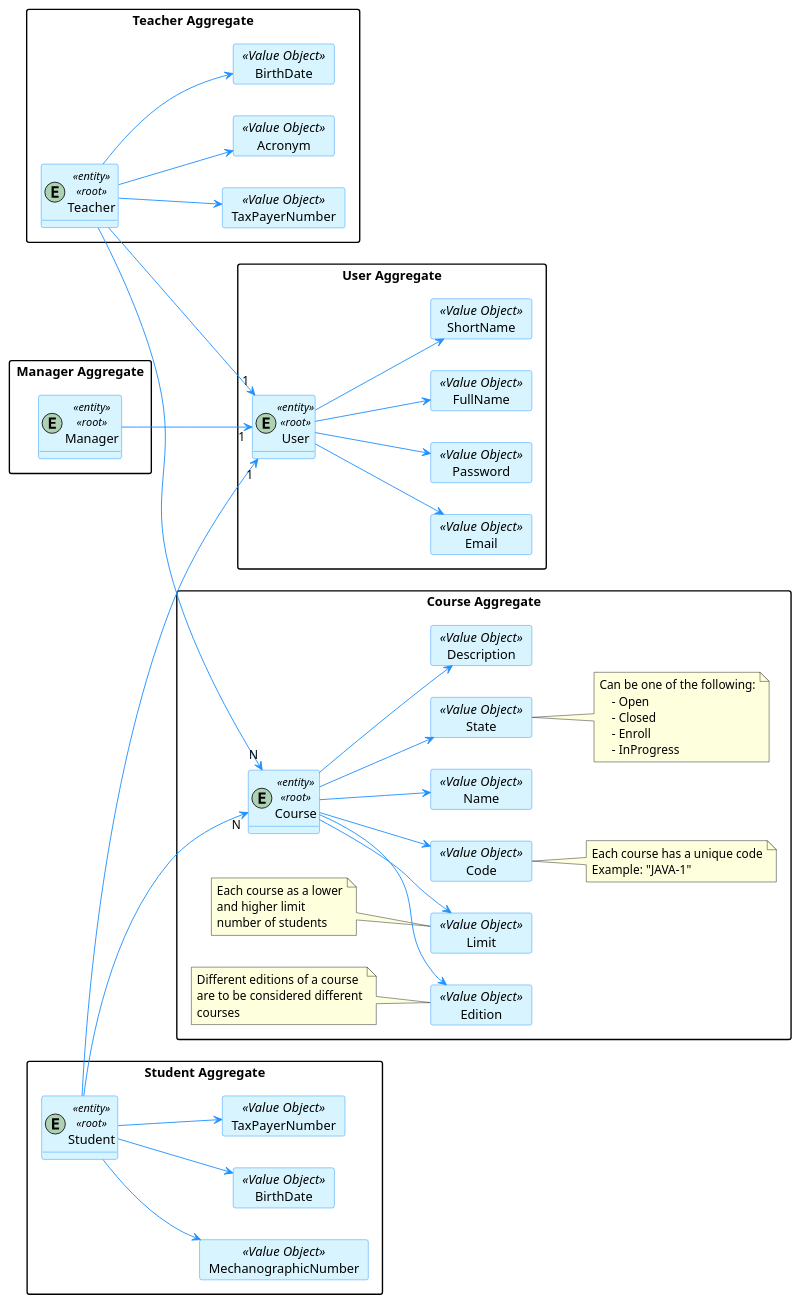
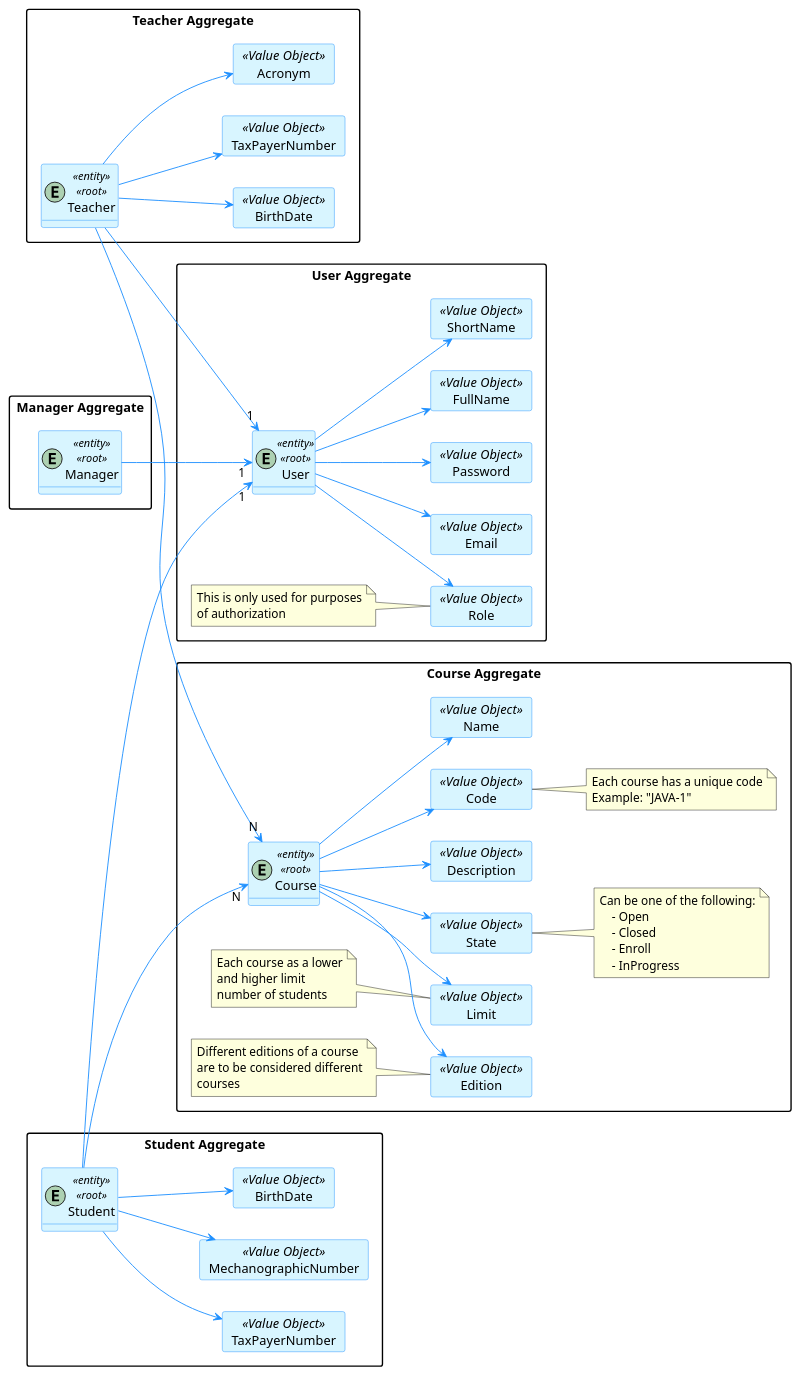
One commit to brunacosta03/sem4pi_22_23 changed the diagram in docs/1211201/DomainModel.puml. Above: the diagram before and after it, drawn with PlantUML.

Commit message:
docs: Role value object added for purposes of authorization

```diff
--- a/docs/1211201/DomainModel.puml
+++ b/docs/1211201/DomainModel.puml
@@ -1,148 +1,155 @@
 @startuml "User and Course Aggregates"
 
 hide methods
 left to right direction
 
 skinparam classAttributeIconSize 0
 
 skinparam class {
     LifeLineBorderColor DodgerBlue
     LifeLineBackgroundColor APPLICATION
     BackgroundColor #D8F5FF
     ArrowColor DodgerBlue
     BorderColor DodgerBlue
 }
 
 skinparam packageStyle rectangle
 skinparam card {
     LifeLineBorderColor DodgerBlue
     LifeLineBackgroundColor APPLICATION
     BackgroundColor #D8F5FF
     ArrowColor DodgerBlue
     BorderColor DodgerBlue
 }
 
 
 package "User Aggregate"{
     entity User <<entity>><<root>>
 
 'User value objects
     card Email <<Value Object>>{
     }
     card Password <<Value Object>>{
     }
     card FullName <<Value Object>>{
     }
     card ShortName <<Value Object>>{
     }
+    card Role <<Value Object>>{
+    }
 
     User --> Email
     User --> Password
     User --> FullName
     User --> ShortName
+    User --> Role
+    note left of Role
+        This is only used for purposes
+        of authorization
+    end note
 
 }
 
 package "Course Aggregate"{
     entity Course <<entity>><<root>>
 
     'Course value objects
     card Code <<Value Object>> {
     }
     card Name <<Value Object>>{
     }
     card State <<Value Object>>{
     }
     card Description <<Value Object>>{
     }
     card Limit <<Value Object>>{
     }
     card Edition <<Value Object>>{
     }
 
 
     Course --> Name
     Course --> State
     Course --> Description
     Course --> Limit
     Course --> Code
     Course --> Edition
 
     note right of State
         Can be one of the following:
             - Open
             - Closed
             - Enroll
             - InProgress
     end note
 
     note left of Limit
         Each course as a lower
         and higher limit
         number of students
     end note
 
     note right of Code
         Each course has a unique code
         Example: "JAVA-1"
     end note
 
     note left of Edition
         Different editions of a course
         are to be considered different
         courses
     end note
 
 
 }
 
 package "Teacher Aggregate"{
 
     entity Teacher <<entity>><<root>>
 
     'Teacher value objects
     card Acronym <<Value Object>>{
     }
     card BirthDate <<Value Object>>{
     }
     card TaxPayerNumber <<Value Object>>{
     }
     Teacher --> BirthDate
     Teacher --> TaxPayerNumber
     Teacher --> Acronym
 
 }
 
 package "Manager Aggregate"{
 
     entity Manager <<entity>><<root>>
 
 }
 
 package "Student Aggregate"{
 
     entity Student <<entity>><<root>>
     'Student value objects
     card BirthDate <<Value Object>>{
     }
     card TaxPayerNumber <<Value Object>>{
     }
     card MechanographicNumber <<Value Object>>{
     }
     Student --> BirthDate
     Student --> TaxPayerNumber
     Student --> MechanographicNumber
 
 }
 
     'Every system actor has a user object associated (composition)
     Teacher --> "1" User
     Manager --> "1" User
     Student --> "1" User
 
     Teacher --> "N" Course
     Student --> "N" Course
 
 
 
 @enduml
```
